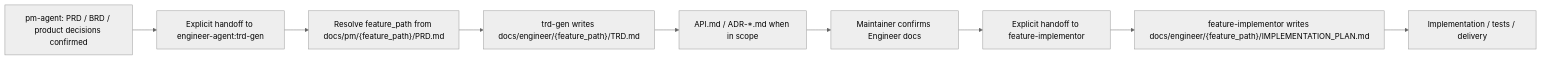
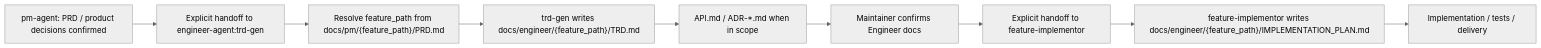
Before and after one commit to Neplich/dev-agent-skills: the diagram in agents/engineer/skills/trd-gen/SKILL.md, drawn with Mermaid (neutral theme). The commit also changed other lines of this file and 75 other files, not shown here.

````diff
--- a/agents/engineer/skills/trd-gen/SKILL.md
+++ b/agents/engineer/skills/trd-gen/SKILL.md
@@ -71,11 +71,11 @@
 ```mermaid
 flowchart LR
-    PM["pm-agent: PRD / BRD / product decisions confirmed"] --> Handoff["Explicit handoff to engineer-agent:trd-gen"]
+    PM["pm-agent: PRD / product decisions confirmed"] --> Handoff["Explicit handoff to engineer-agent:trd-gen"]
     Handoff --> PathGate["Resolve feature_path from docs/pm/{feature_path}/PRD.md"]
     PathGate --> TRD["trd-gen writes docs/engineer/{feature_path}/TRD.md"]
     TRD --> OptionalDocs["API.md / ADR-*.md when in scope"]
     OptionalDocs --> Review["Maintainer confirms Engineer docs"]
     Review --> Plan["Explicit handoff to feature-implementor"]
     Plan --> ImplPlan["feature-implementor writes docs/engineer/{feature_path}/IMPLEMENTATION_PLAN.md"]
     ImplPlan --> Code["Implementation / tests / delivery"]
 ```
````
